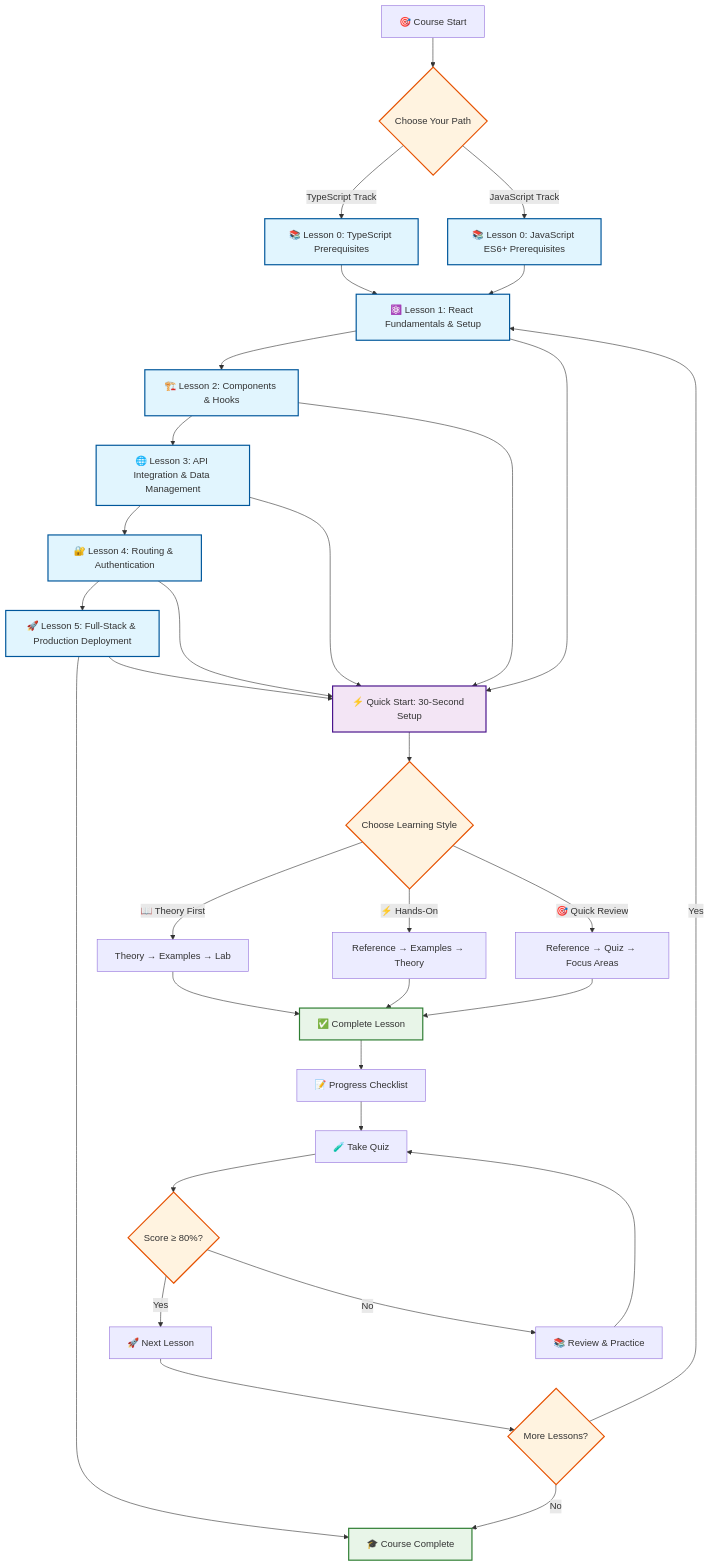
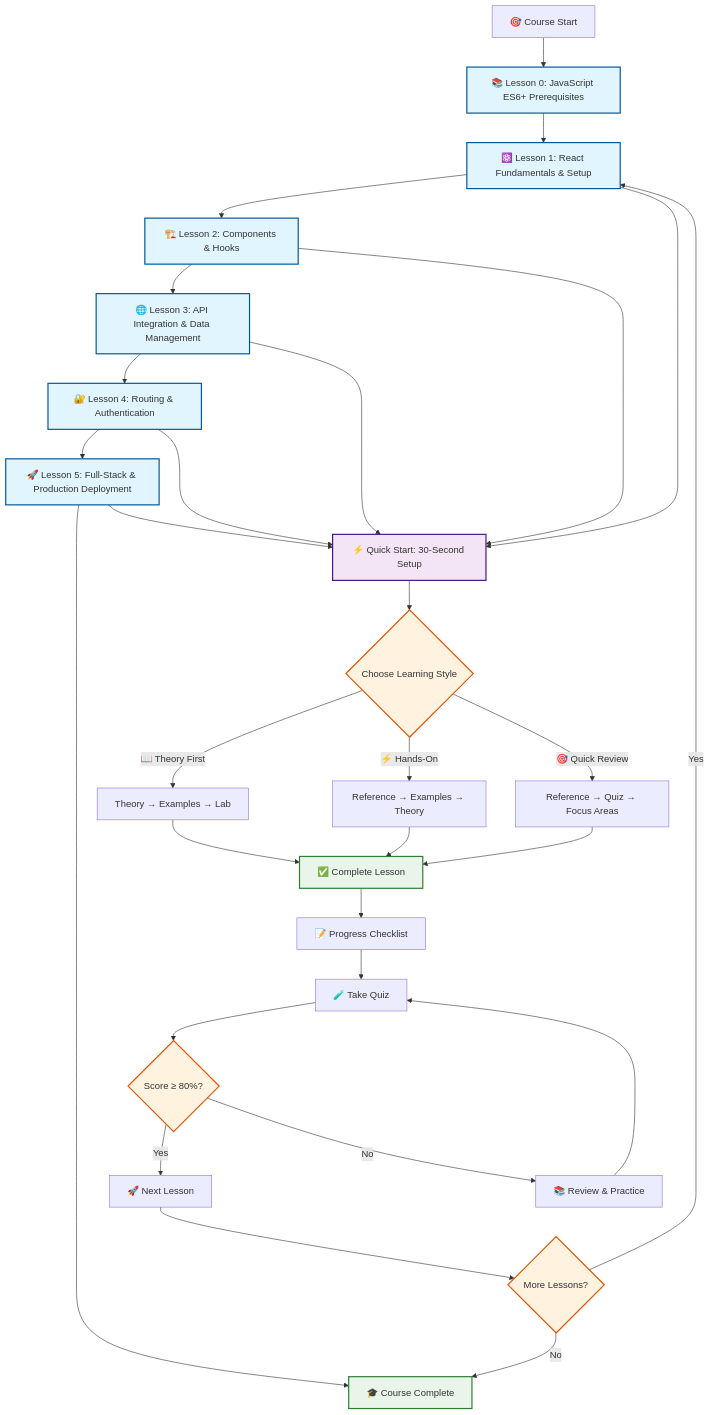
Before and after one commit to longndt/react-course: the first of 6 diagrams in react-javascript/diagrams/course_structure_diagram.md, drawn with Mermaid. The commit also changed other lines of this file and 32 other files, not shown here.

````diff
--- a/react-javascript/diagrams/course_structure_diagram.md
+++ b/react-javascript/diagrams/course_structure_diagram.md
@@ -5,56 +5,52 @@
 ```mermaid
 graph TD
-    A[🎯 Course Start] --> B{Choose Your Path}
+    A[🎯 Course Start] --> B[📚 Lesson 0: JavaScript ES6+ Prerequisites]
 
-    B -->|TypeScript Track| C[📚 Lesson 0: TypeScript Prerequisites]
-    B -->|JavaScript Track| D[📚 Lesson 0: JavaScript ES6+ Prerequisites]
+    B --> C[⚛️ Lesson 1: React Fundamentals & Setup]
 
-    C --> E[⚛️ Lesson 1: React Fundamentals & Setup]
-    D --> E
+    C --> D[🏗️ Lesson 2: Components & Hooks]
+    D --> E[🌐 Lesson 3: API Integration & Data Management]
+    E --> F[🔐 Lesson 4: Routing & Authentication]
+    F --> G[🚀 Lesson 5: Full-Stack & Production Deployment]
 
-    E --> F[🏗️ Lesson 2: Components & Hooks]
-    F --> G[🌐 Lesson 3: API Integration & Data Management]
-    G --> H[🔐 Lesson 4: Routing & Authentication]
-    H --> I[🚀 Lesson 5: Full-Stack & Production Deployment]
-
-    I --> J[🎓 Course Complete]
+    G --> H[🎓 Course Complete]
 
     %% Quick Start Paths
-    E --> K[⚡ Quick Start: 30-Second Setup]
-    F --> K
-    G --> K
-    H --> K
-    I --> K
+    C --> I[⚡ Quick Start: 30-Second Setup]
+    D --> I
+    E --> I
+    F --> I
+    G --> I
 
     %% Learning Styles
-    K --> L{Choose Learning Style}
-    L -->|📖 Theory First| M[Theory → Examples → Lab]
-    L -->|⚡ Hands-On| N[Reference → Examples → Theory]
-    L -->|🎯 Quick Review| O[Reference → Quiz → Focus Areas]
+    I --> J{Choose Learning Style}
+    J -->|📖 Theory First| K[Theory → Examples → Lab]
+    J -->|⚡ Hands-On| L[Reference → Examples → Theory]
+    J -->|🎯 Quick Review| M[Reference → Quiz → Focus Areas]
 
-    M --> P[✅ Complete Lesson]
-    N --> P
-    O --> P
+    K --> N[✅ Complete Lesson]
+    L --> N
+    M --> N
 
-    P --> Q[📝 Progress Checklist]
-    Q --> R[🧪 Take Quiz]
-    R --> S{Score ≥ 80%?}
-    S -->|Yes| T[🚀 Next Lesson]
-    S -->|No| U[📚 Review & Practice]
-    U --> R
+    N --> O[📝 Progress Checklist]
+    O --> P[🧪 Take Quiz]
+    P --> Q{Score ≥ 80%?}
+    Q -->|Yes| R[🚀 Next Lesson]
+    Q -->|No| S[📚 Review & Practice]
+    S --> P
 
-    T --> V{More Lessons?}
-    V -->|Yes| E
-    V -->|No| J
+    R --> T{More Lessons?}
+    T -->|Yes| C
+    T -->|No| H
 
     %% Styling
     classDef lesson fill:#e1f5fe,stroke:#01579b,stroke-width:2px
     classDef quickstart fill:#f3e5f5,stroke:#4a148c,stroke-width:2px
     classDef decision fill:#fff3e0,stroke:#e65100,stroke-width:2px
     classDef complete fill:#e8f5e8,stroke:#2e7d32,stroke-width:2px
 
-    class C,D,E,F,G,H,I lesson
-    class K quickstart
-    class B,L,S,V decision
-    class J,P complete
+    class B,C,D,E,F,G lesson
+    class I quickstart
+    class J,Q,T decision
+    class H,N complete
 ```
````
